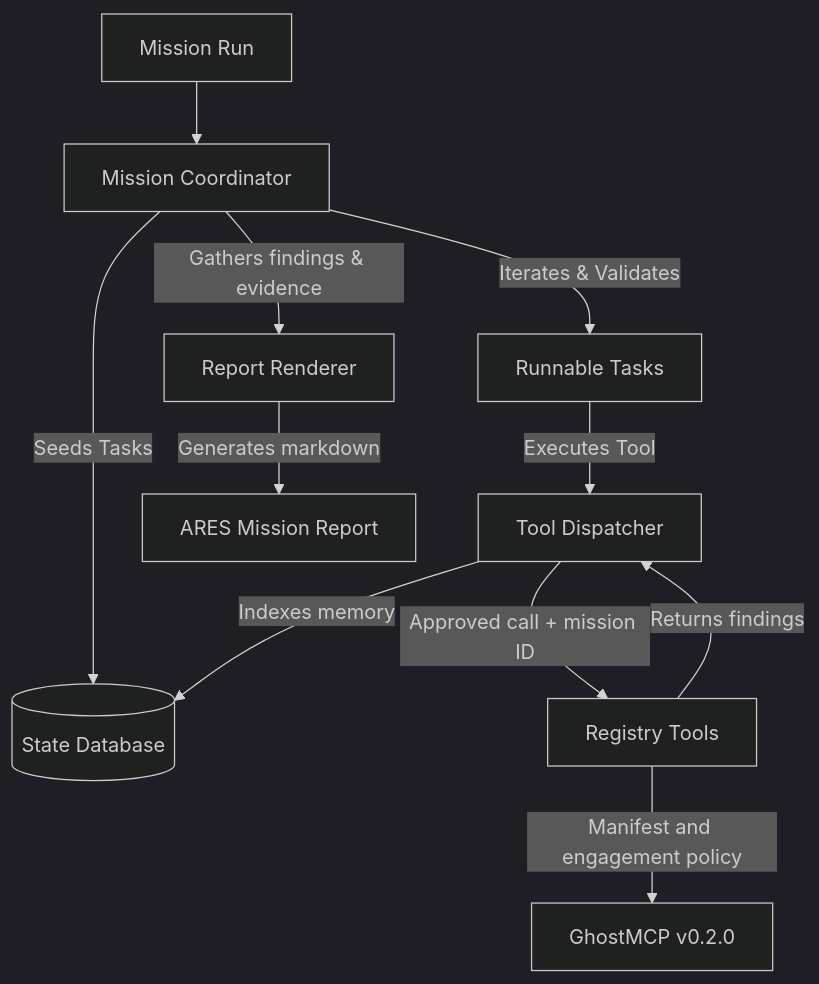
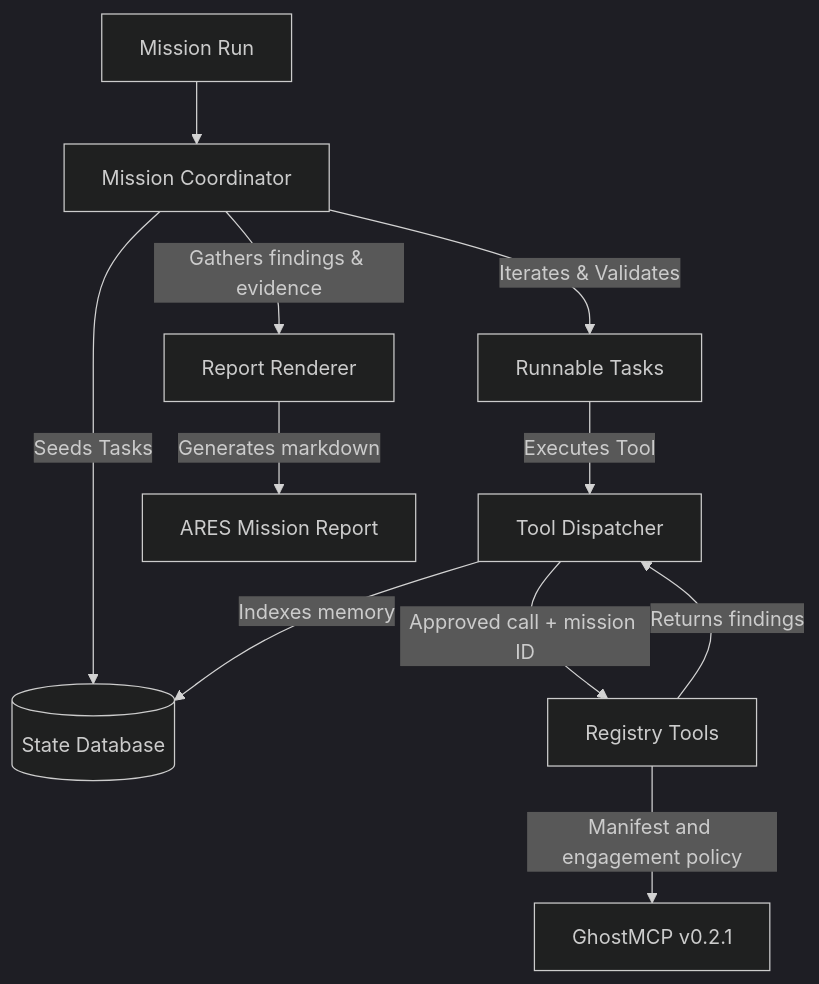
The diagram in docs/mission-swarm.md (BlueDot-IT/Ares), drawn with Mermaid (dark theme) before and after one commit. The commit also changed 7 other files, not shown here.

Commit message:
release: bind Ares to GhostMCP 0.2.1

````diff
--- a/docs/mission-swarm.md
+++ b/docs/mission-swarm.md
@@ -61,13 +61,13 @@
 ```mermaid
 graph TD
     M[Mission Run] --> C[Mission Coordinator]
     C -->|Seeds Tasks| DB[(State Database)]
     C -->|Iterates & Validates| T[Runnable Tasks]
     T -->|Executes Tool| D[Tool Dispatcher]
     D -->|Approved call + mission ID| R[Registry Tools]
-    R -->|Manifest and engagement policy| G[GhostMCP v0.2.0]
+    R -->|Manifest and engagement policy| G[GhostMCP v0.2.1]
     R -->|Returns findings| D
     D -->|Indexes memory| DB
     C -->|Gathers findings & evidence| RP[Report Renderer]
     RP -->|Generates markdown| Output[ARES Mission Report]
 ```
````
